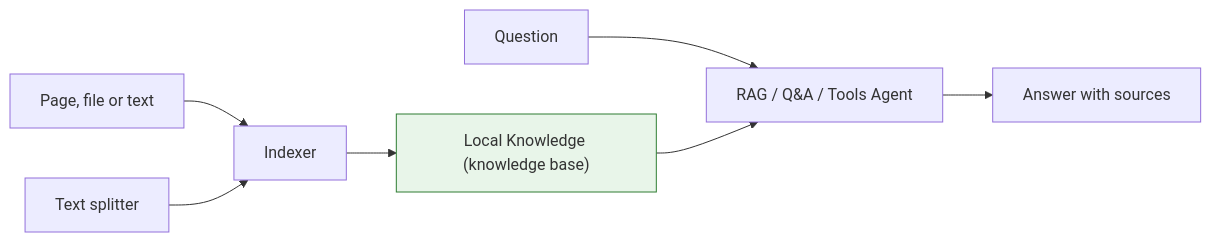
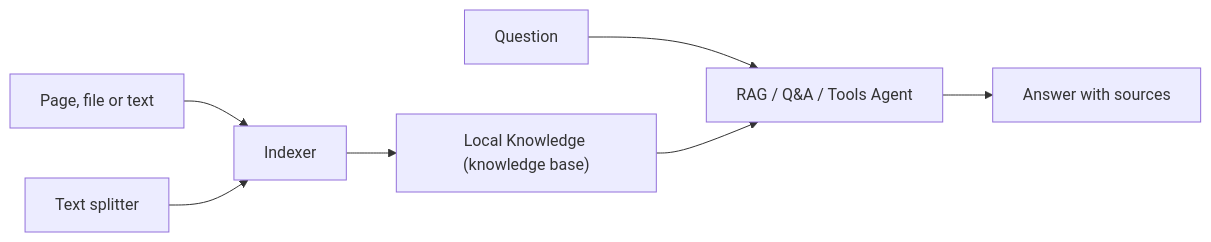
One commit to agentic-com/Agentic-Flow-Doc changed the diagram in src/content/docs/concepts/ai/embeddings-vectors.mdx. Above: the diagram before and after it, drawn with Mermaid. The commit also changed other lines of this file and 36 other files, not shown here.

````diff
--- a/src/content/docs/concepts/ai/embeddings-vectors.mdx
+++ b/src/content/docs/concepts/ai/embeddings-vectors.mdx
@@ -15,11 +17,11 @@
 ```mermaid
 flowchart LR
   Source["Page, file or text"] --> Indexer["Indexer"]
   Splitter["Text splitter"] --> Indexer
   Indexer --> KB["Local Knowledge (knowledge base)"]
   Question["Question"] --> Agent["RAG / Q&A / Tools Agent"]
   KB --> Agent
   Agent --> Answer["Answer with sources"]
 
-  style KB fill:#e8f5e9,stroke:#2e7d32
+  class KB awf-data
 ```
````
